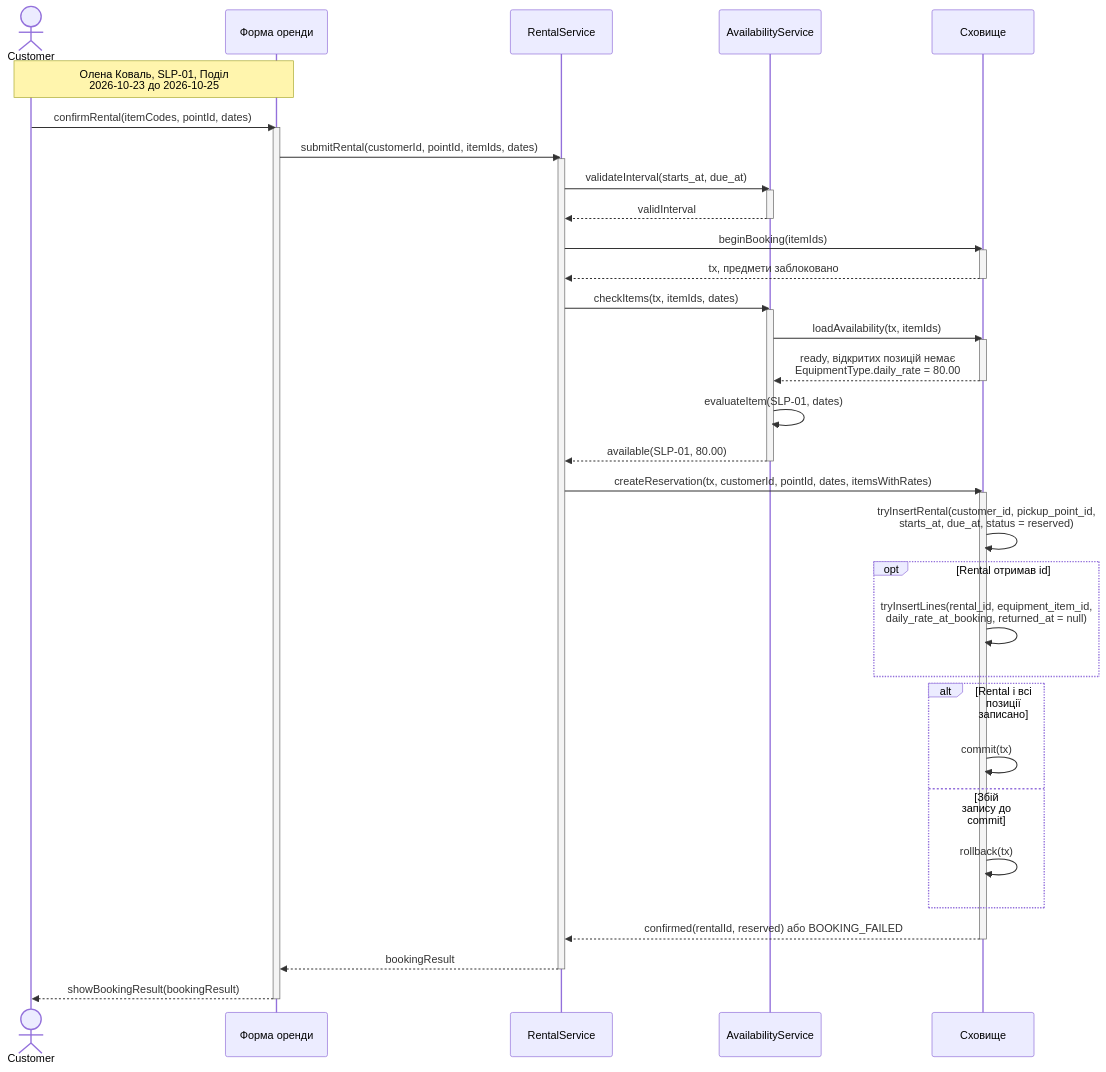
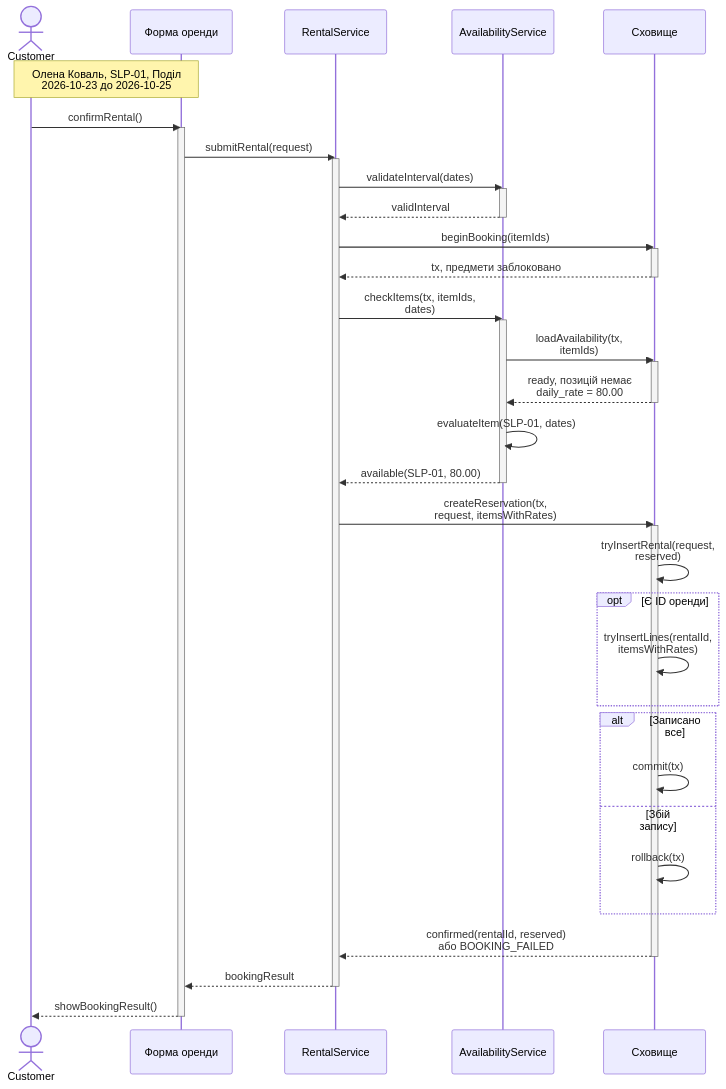
One commit to kirgafan/KPI_labs changed the first of 6 diagrams in Labs/lab-3/model.md. Above: the diagram before and after it, drawn with Mermaid. The commit also changed other lines of this file and 2 other files, not shown here.

Commit message:
refactor(lab-3): shorten sequence labels and clarify render criteria

````diff
--- a/Labs/lab-3/model.md
+++ b/Labs/lab-3/model.md
@@ -13,47 +13,47 @@
 ```mermaid
 sequenceDiagram
     actor C as Customer
     participant U as Форма оренди
     participant R as RentalService
     participant A as AvailabilityService
     participant S as Сховище
     Note over C,U: Олена Коваль, SLP-01, Поділ<br/>2026-10-23 до 2026-10-25
-    C->>U: confirmRental(itemCodes, pointId, dates)
+    C->>U: confirmRental()
     activate U
-    U->>R: submitRental(customerId, pointId, itemIds, dates)
+    U->>R: submitRental(request)
     activate R
-    R->>A: validateInterval(starts_at, due_at)
+    R->>A: validateInterval(dates)
     activate A
     A-->>R: validInterval
     deactivate A
     R->>S: beginBooking(itemIds)
     activate S
     S-->>R: tx, предмети заблоковано
     deactivate S
-    R->>A: checkItems(tx, itemIds, dates)
+    R->>A: checkItems(tx, itemIds,<br/>dates)
     activate A
-    A->>S: loadAvailability(tx, itemIds)
+    A->>S: loadAvailability(tx,<br/>itemIds)
     activate S
-    S-->>A: ready, відкритих позицій немає<br/>EquipmentType.daily_rate = 80.00
+    S-->>A: ready, позицій немає<br/>daily_rate = 80.00
     deactivate S
     A->>A: evaluateItem(SLP-01, dates)
     A-->>R: available(SLP-01, 80.00)
     deactivate A
-    R->>S: createReservation(tx, customerId, pointId, dates, itemsWithRates)
+    R->>S: createReservation(tx,<br/>request, itemsWithRates)
     activate S
-    S->>S: tryInsertRental(customer_id, pickup_point_id,<br/>starts_at, due_at, status = reserved)
-    opt Rental отримав id
-        S->>S: tryInsertLines(rental_id, equipment_item_id,<br/>daily_rate_at_booking, returned_at = null)
+    S->>S: tryInsertRental(request,<br/>reserved)
+    opt Є ID оренди
+        S->>S: tryInsertLines(rentalId,<br/>itemsWithRates)
     end
-    alt Rental і всі позиції записано
+    alt Записано все
         S->>S: commit(tx)
-    else Збій запису до commit
+    else Збій запису
         S->>S: rollback(tx)
     end
-    S-->>R: confirmed(rentalId, reserved) або BOOKING_FAILED
+    S-->>R: confirmed(rentalId, reserved)<br/>або BOOKING_FAILED
     deactivate S
     R-->>U: bookingResult
     deactivate R
-    U-->>C: showBookingResult(bookingResult)
+    U-->>C: showBookingResult()
     deactivate U
 ```
````
